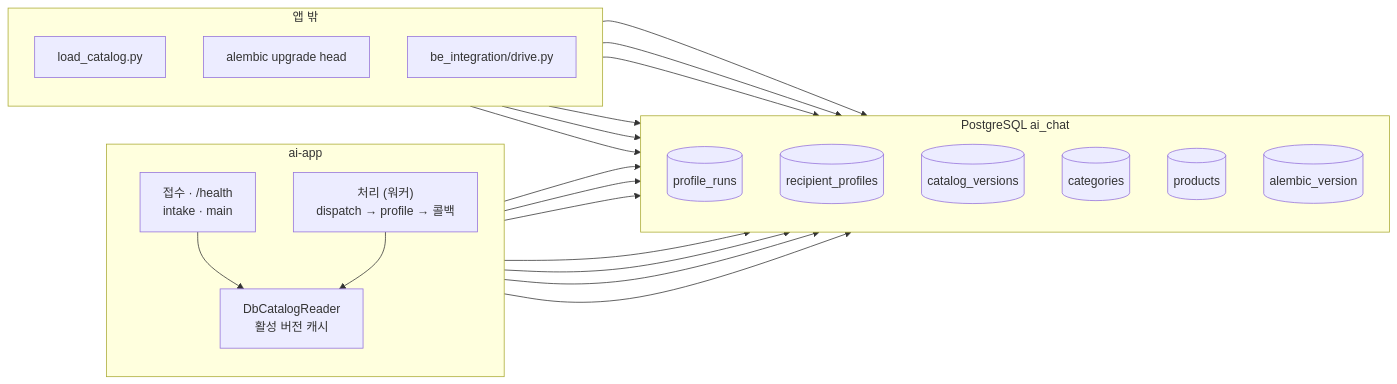
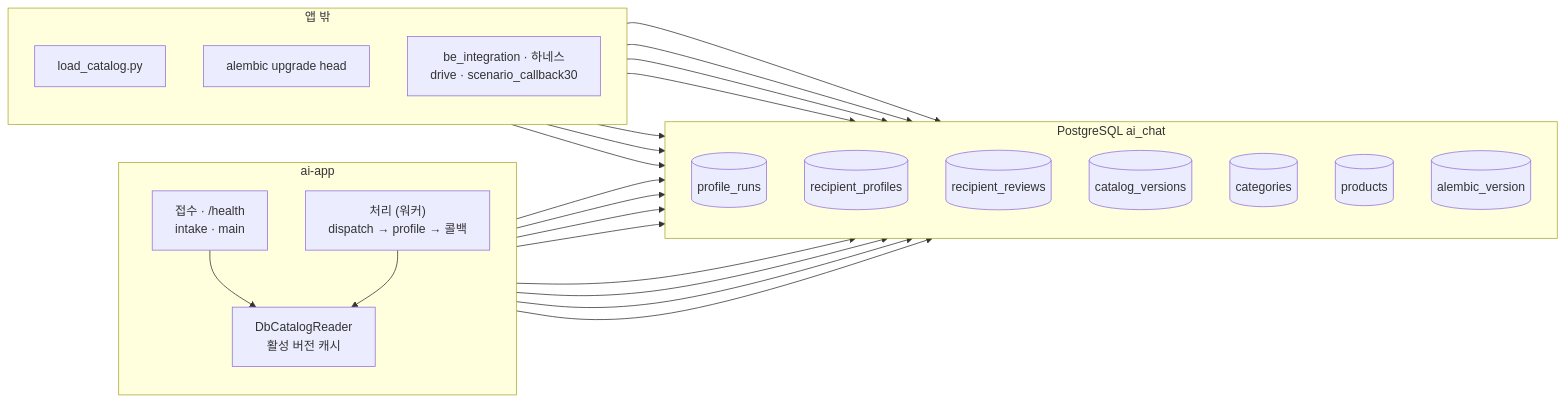
The third of 3 diagrams in profiling/docs/DB_ERD.md (100-hours-a-week/KTB4-12th-AI), drawn with Mermaid before and after one commit. The commit also changed other lines of this file and 13 other files, not shown here.

First line of the commit message:
docs(profiling): 하네스 구조와 결과 · 로컬 LLM 서비스 경로 시험 · DB ERD 10-12 갱신

````diff
--- a/profiling/docs/DB_ERD.md
+++ b/profiling/docs/DB_ERD.md
@@ -441,39 +447,42 @@
 ```mermaid
 flowchart LR
   subgraph app["ai-app"]
     direction TB
     A1["접수 · /health<br/>intake · main"]
     A2["처리 (워커)<br/>dispatch → profile → 콜백"]
     C["DbCatalogReader<br/>활성 버전 캐시"]
   end
   subgraph tools["앱 밖"]
     direction TB
     T1["load_catalog.py"]
     T3["alembic upgrade head"]
-    T2["be_integration/drive.py"]
+    T2["be_integration · 하네스<br/>drive · scenario_callback30"]
   end
   subgraph db["PostgreSQL ai_chat"]
     direction TB
     R[("profile_runs")]
     P[("recipient_profiles")]
+    RV[("recipient_reviews")]
     V[("catalog_versions")]
     K[("categories")]
     D[("products")]
     M[("alembic_version")]
   end
   A1 --> C
   A1 --> R
   A1 --> M
   A2 --> C
   A2 --> R
   A2 --> P
+  A2 --> RV
   C --> V
   C --> K
   C --> D
   T1 --> V
   T1 --> K
   T1 --> D
   T2 --> R
   T2 --> P
+  T2 --> RV
   T3 --> M
 ```
````
